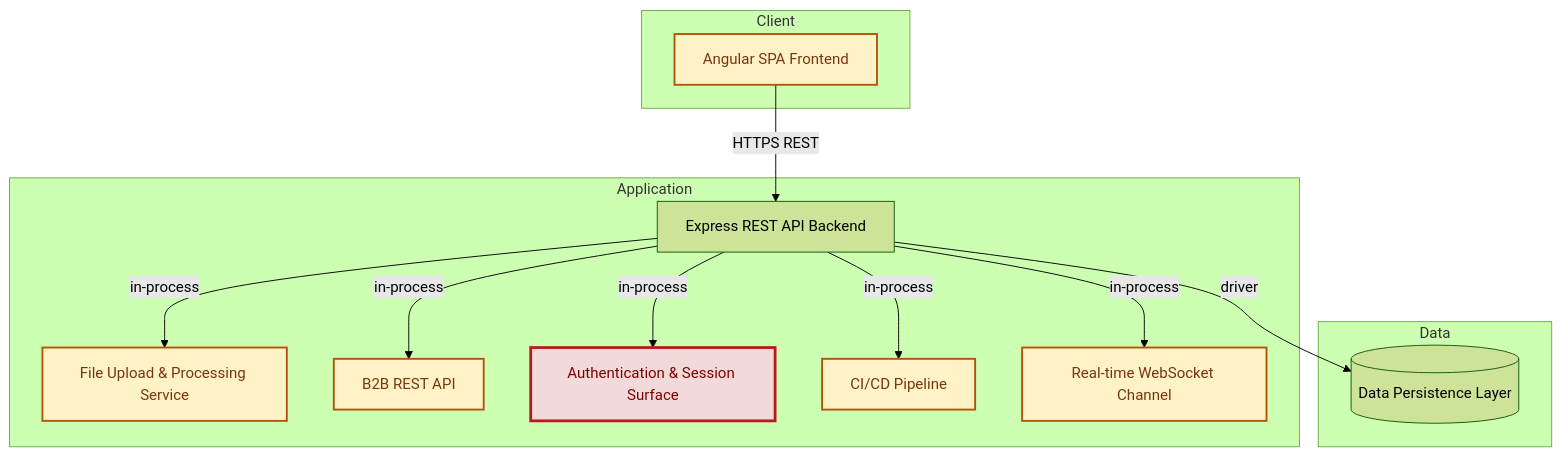
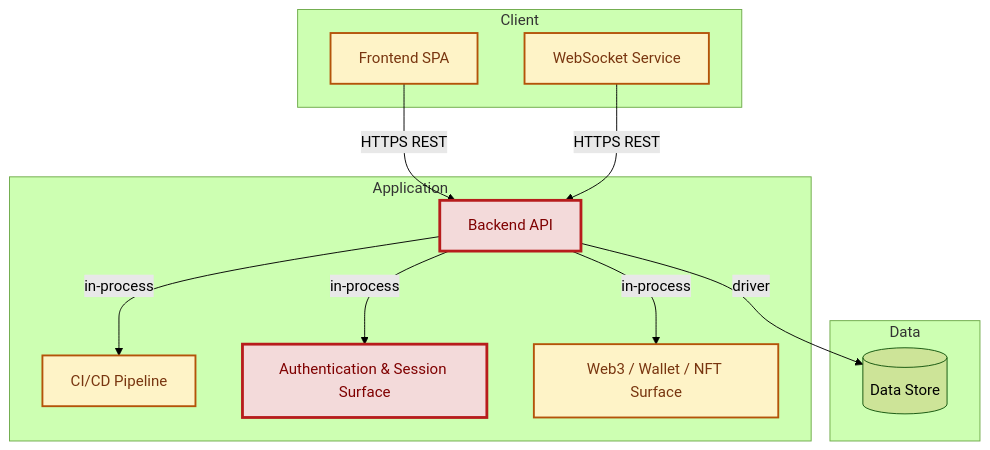
The fourth of 6 diagrams in examples/threat-modeler/threat-model-juice-shop-quick.md (appsec-foundry/appsec-advisor), drawn with Mermaid (forest theme) before and after one commit. The commit also changed other lines of this file and 7 other files, not shown here.

````diff
--- a/examples/threat-modeler/threat-model-juice-shop-quick.md
+++ b/examples/threat-modeler/threat-model-juice-shop-quick.md
@@ -326,32 +374,30 @@
 ```mermaid
 flowchart TB
     subgraph Client
-        frontend_spa["Angular SPA Frontend"]
+        frontend_spa["Frontend SPA"]
+        websocket_service["WebSocket Service"]
     end
     subgraph Application
-        backend_api["Express REST API Backend"]
-        file_upload_service["File Upload & Processing Service"]
-        b2b_api["B2B REST API"]
+        backend_api["Backend API"]
+        ci_cd_pipeline["CI/CD Pipeline"]
         auth["Authentication & Session Surface"]
-        ci_cd_pipeline["CI/CD Pipeline"]
-        realtime_channel["Real-time WebSocket Channel"]
+        web3_nft["Web3 / Wallet / NFT Surface"]
     end
     subgraph Data
-        data_persistence[("Data Persistence Layer")]
+        data_store[("Data Store")]
     end
     frontend_spa -->|HTTPS REST| backend_api
-    backend_api -->|driver| data_persistence
-    backend_api -->|in-process| file_upload_service
-    backend_api -->|in-process| b2b_api
+    websocket_service -->|HTTPS REST| backend_api
+    backend_api -->|driver| data_store
+    backend_api -->|in-process| ci_cd_pipeline
     backend_api -->|in-process| auth
-    backend_api -->|in-process| ci_cd_pipeline
-    backend_api -->|in-process| realtime_channel
+    backend_api -->|in-process| web3_nft
     classDef critical fill:#f3dada,stroke:#b71c1c,color:#7f0000,stroke-width:3px
     classDef warning  fill:#fef3c7,stroke:#b45309,color:#78350f,stroke-width:2px
+    class backend_api critical
     class auth critical
     class frontend_spa warning
-    class file_upload_service warning
-    class b2b_api warning
+    class websocket_service warning
     class ci_cd_pipeline warning
-    class realtime_channel warning
+    class web3_nft warning
 ```
````
